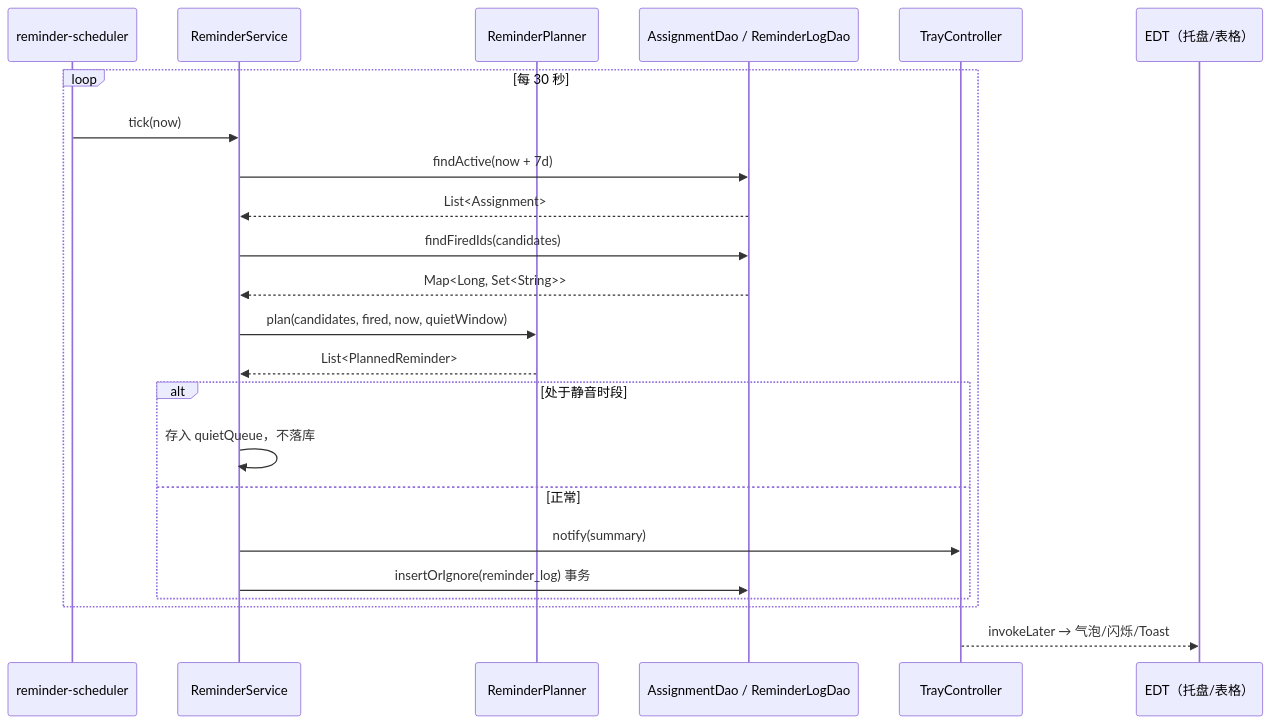
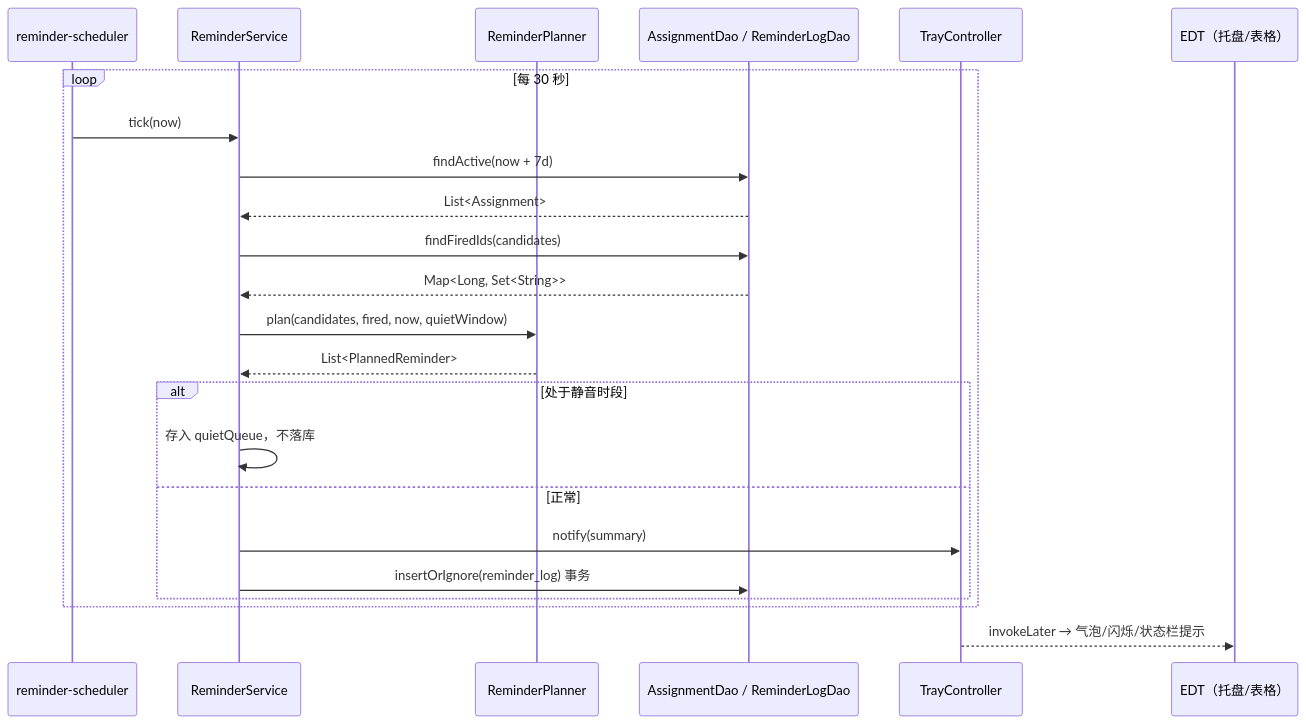
Before and after one commit to suxiangyu138/coursework-tracker: the third of 3 diagrams in docs/02-技术方案.md, drawn with Mermaid. The commit also changed other lines of this file and 9 other files, not shown here.

````diff
--- a/docs/02-技术方案.md
+++ b/docs/02-技术方案.md
@@ -624,26 +672,26 @@
 ```mermaid
 sequenceDiagram
     participant Sch as reminder-scheduler
     participant Rem as ReminderService
     participant Plan as ReminderPlanner
     participant Dao as AssignmentDao / ReminderLogDao
     participant Tray as TrayController
     participant EDT as EDT（托盘/表格）
 
     loop 每 30 秒
         Sch->>Rem: tick(now)
         Rem->>Dao: findActive(now + 7d)
         Dao-->>Rem: List<Assignment>
         Rem->>Dao: findFiredIds(candidates)
         Dao-->>Rem: Map<Long, Set<String>>
         Rem->>Plan: plan(candidates, fired, now, quietWindow)
         Plan-->>Rem: List<PlannedReminder>
         alt 处于静音时段
             Rem->>Rem: 存入 quietQueue，不落库
         else 正常
             Rem->>Tray: notify(summary)
             Rem->>Dao: insertOrIgnore(reminder_log) 事务
         end
     end
-    Tray-->>EDT: invokeLater → 气泡/闪烁/Toast
+    Tray-->>EDT: invokeLater → 气泡/闪烁/状态栏提示
 ```
````
